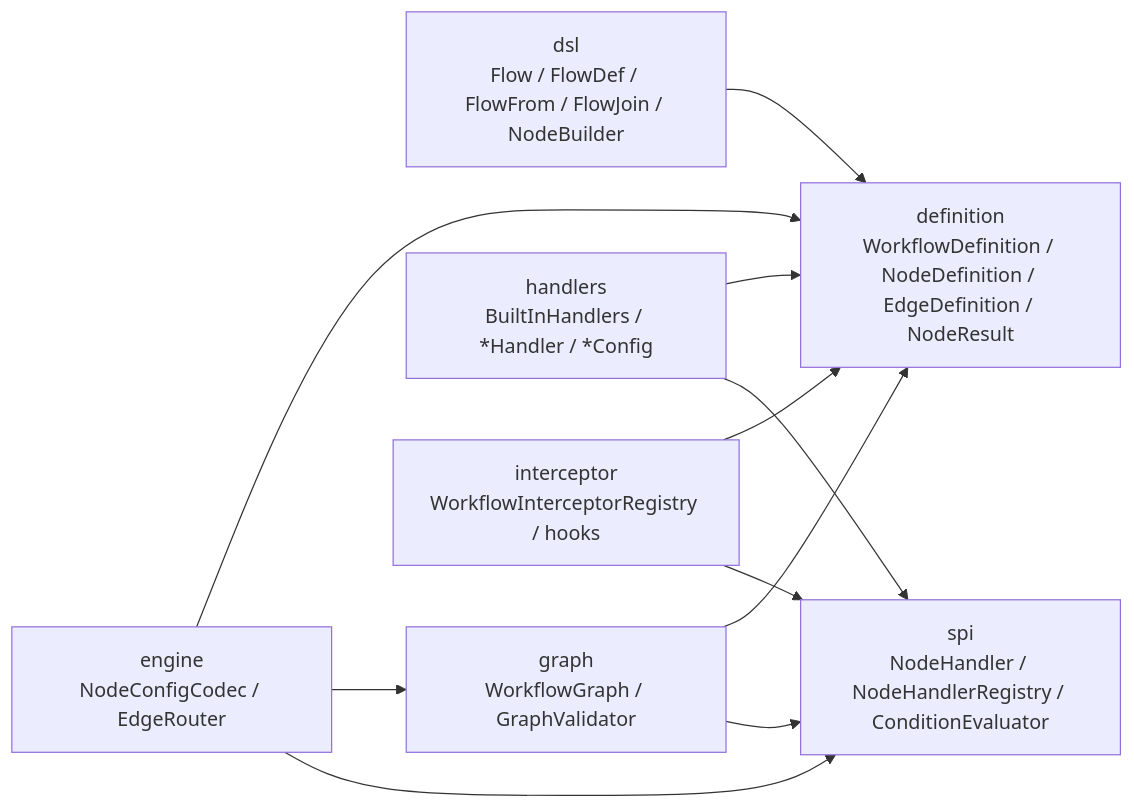
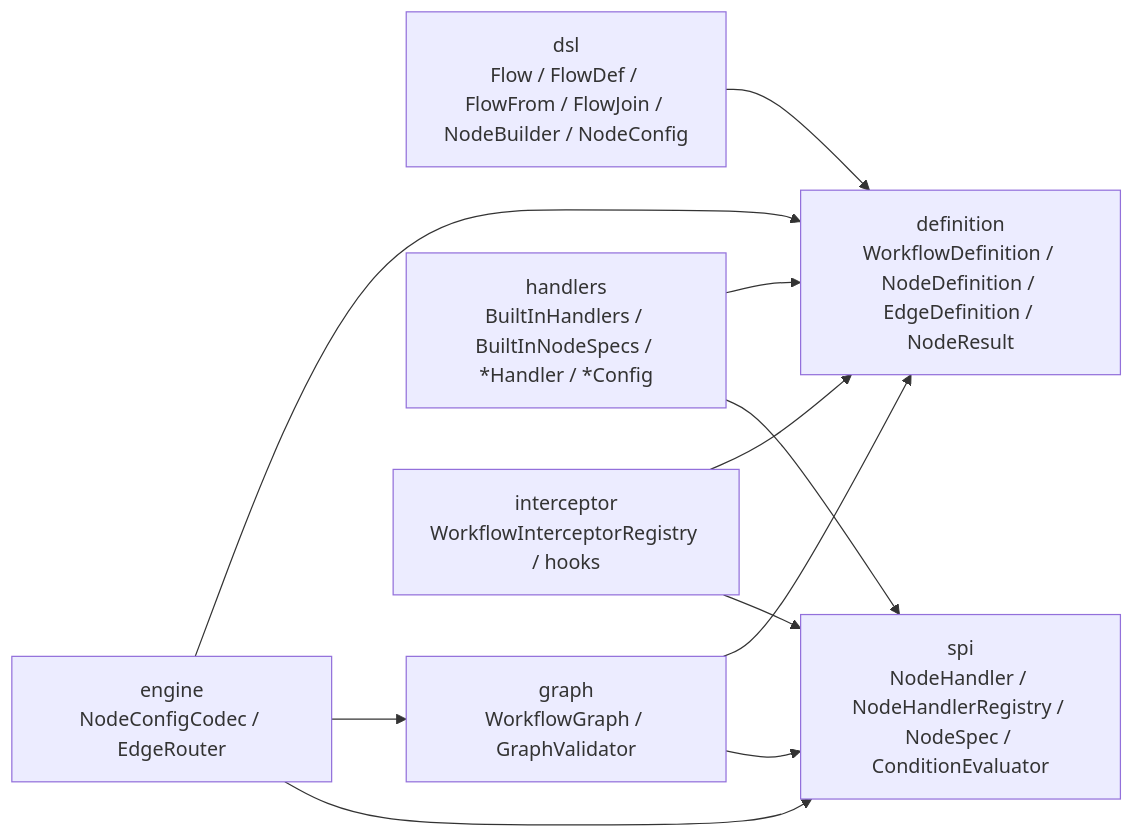
One commit to michelleclar/Infrastructure changed the first of 23 diagrams in infrastructure-component-workflow-core/docs/CALL_GRAPH.md. Above: the diagram before and after it, drawn with Mermaid. The commit also changed other lines of this file and 17 other files, not shown here.

````diff
--- a/infrastructure-component-workflow-core/docs/CALL_GRAPH.md
+++ b/infrastructure-component-workflow-core/docs/CALL_GRAPH.md
@@ -7,21 +7,21 @@
 ```mermaid
 flowchart LR
-    DSL["dsl<br/>Flow / FlowDef / FlowFrom / FlowJoin / NodeBuilder"]
+    DSL["dsl<br/>Flow / FlowDef / FlowFrom / FlowJoin / NodeBuilder / NodeConfig"]
     DEF["definition<br/>WorkflowDefinition / NodeDefinition / EdgeDefinition / NodeResult"]
     GRAPH["graph<br/>WorkflowGraph / GraphValidator"]
     ENGINE["engine<br/>NodeConfigCodec / EdgeRouter"]
-    SPI["spi<br/>NodeHandler / NodeHandlerRegistry / ConditionEvaluator"]
-    HANDLERS["handlers<br/>BuiltInHandlers / *Handler / *Config"]
+    SPI["spi<br/>NodeHandler / NodeHandlerRegistry / NodeSpec / ConditionEvaluator"]
+    HANDLERS["handlers<br/>BuiltInHandlers / BuiltInNodeSpecs / *Handler / *Config"]
     INTC["interceptor<br/>WorkflowInterceptorRegistry / hooks"]
 
     DSL --> DEF
     GRAPH --> DEF
     GRAPH --> SPI
     ENGINE --> DEF
     ENGINE --> GRAPH
     ENGINE --> SPI
     HANDLERS --> DEF
     HANDLERS --> SPI
     INTC --> DEF
     INTC --> SPI
 ```
````
